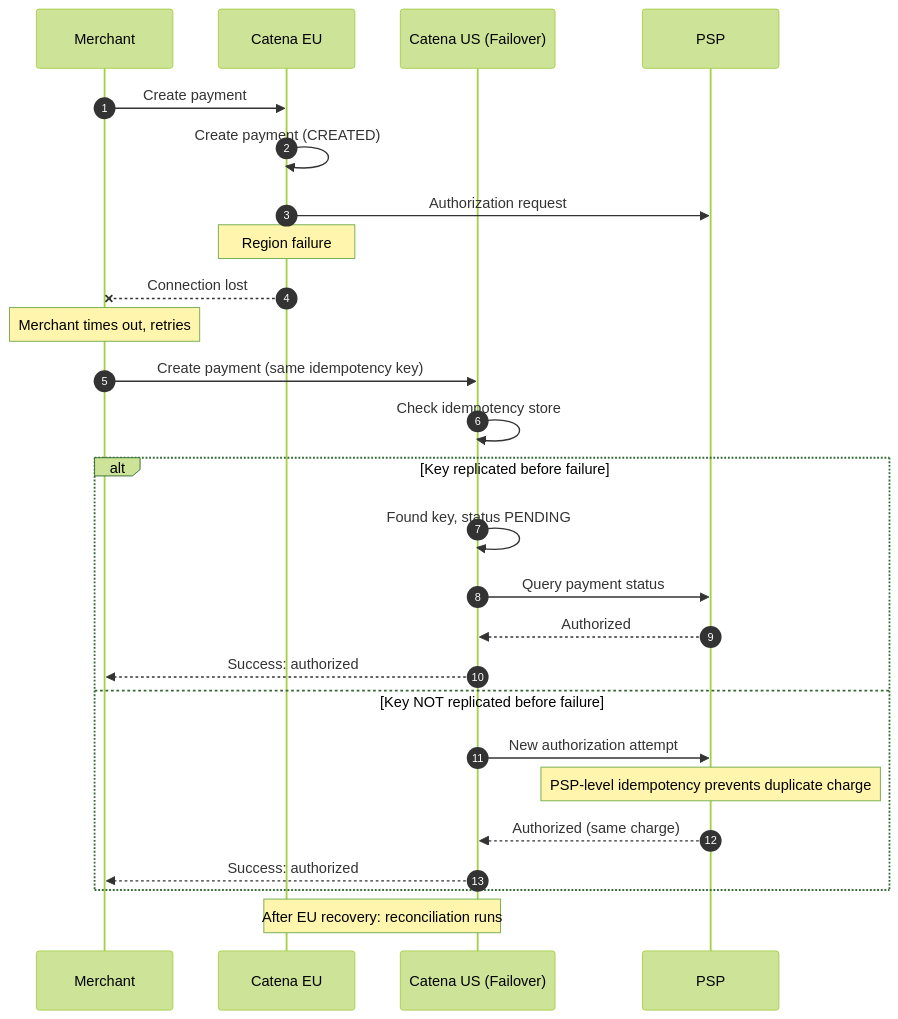
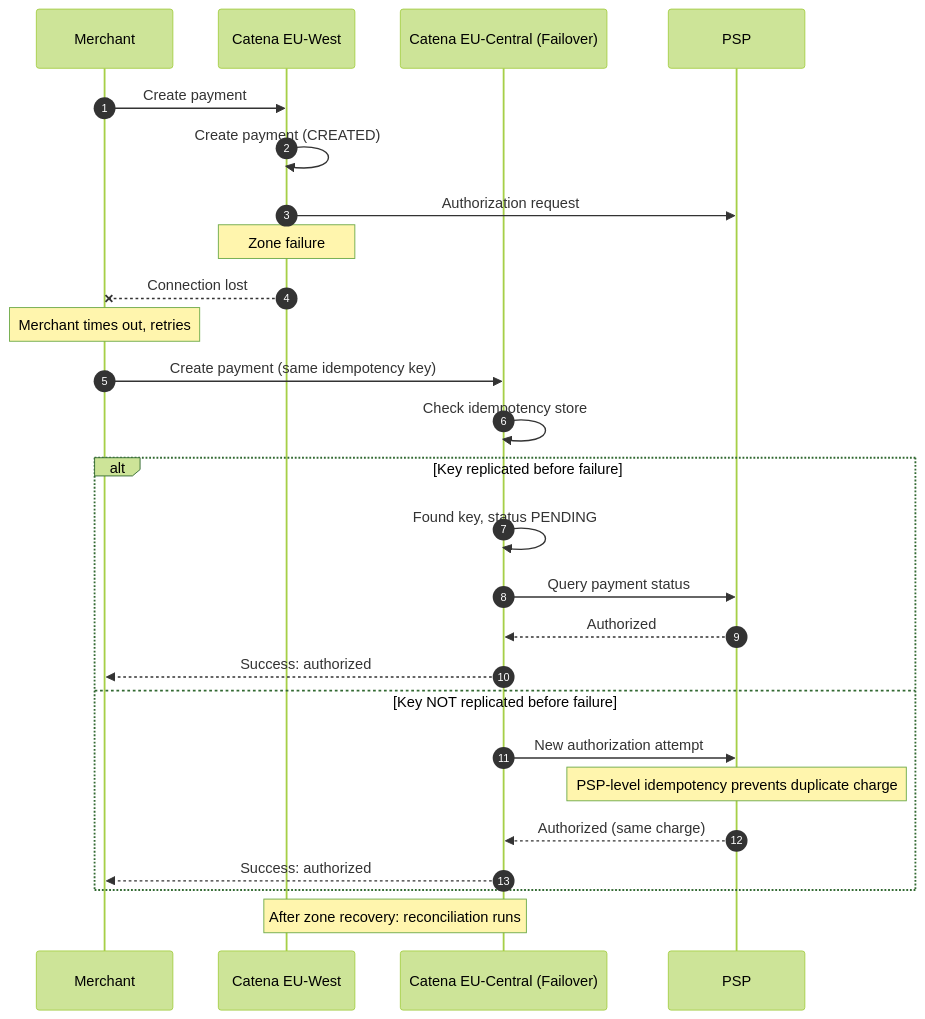
Diagram 14 of 16 in PRD.md (ashishthakur913/catenadocs), drawn with Mermaid (forest theme) before and after one commit. The commit also changed other lines of this file and 1 other file, not shown here.

````diff
--- a/PRD.md
+++ b/PRD.md
@@ -1117,35 +1121,35 @@
 ```mermaid
 sequenceDiagram
     autonumber
     participant M as Merchant
-    participant EU as Catena EU
-    participant US as Catena US (Failover)
+    participant EUW as Catena EU-West
+    participant EUC as Catena EU-Central (Failover)
     participant PSP as PSP
     
-    M->>EU: Create payment
-    EU->>EU: Create payment (CREATED)
-    EU->>PSP: Authorization request
+    M->>EUW: Create payment
+    EUW->>EUW: Create payment (CREATED)
+    EUW->>PSP: Authorization request
     
-    Note over EU: Region failure
+    Note over EUW: Zone failure
     
-    EU--xM: Connection lost
+    EUW--xM: Connection lost
     
     Note over M: Merchant times out, retries
     
-    M->>US: Create payment (same idempotency key)
-    US->>US: Check idempotency store
+    M->>EUC: Create payment (same idempotency key)
+    EUC->>EUC: Check idempotency store
     
     alt Key replicated before failure
-        US->>US: Found key, status PENDING
-        US->>PSP: Query payment status
-        PSP-->>US: Authorized
-        US-->>M: Success: authorized
+        EUC->>EUC: Found key, status PENDING
+        EUC->>PSP: Query payment status
+        PSP-->>EUC: Authorized
+        EUC-->>M: Success: authorized
     else Key NOT replicated before failure
-        US->>PSP: New authorization attempt
+        EUC->>PSP: New authorization attempt
         Note over PSP: PSP-level idempotency prevents duplicate charge
-        PSP-->>US: Authorized (same charge)
-        US-->>M: Success: authorized
+        PSP-->>EUC: Authorized (same charge)
+        EUC-->>M: Success: authorized
     end
     
-    Note over EU,US: After EU recovery: reconciliation runs
+    Note over EUW,EUC: After zone recovery: reconciliation runs
 ```
````
